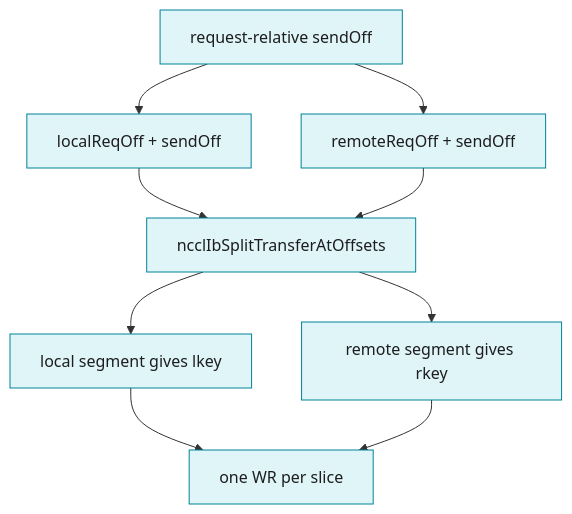
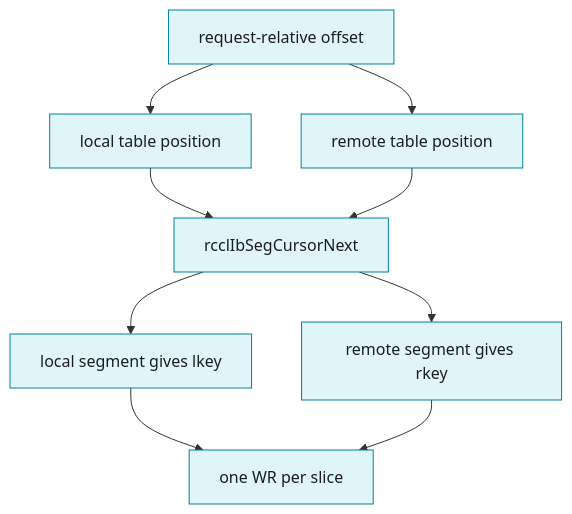
One commit to ROCm/rocm-systems changed the third of 4 diagrams in projects/rccl/docs/design/multi_segment_netib_wire.md. Above: the diagram before and after it, drawn with Mermaid. The commit also changed other lines of this file and 16 other files, not shown here.

````diff
--- a/projects/rccl/docs/design/multi_segment_netib_wire.md
+++ b/projects/rccl/docs/design/multi_segment_netib_wire.md
@@ -176,14 +129,14 @@
 ```mermaid
-%% caption: Independent local and remote offsets select the lkey and rkey of each slice
+%% caption: Independent local and remote tables select the lkey and rkey of each slice
 flowchart TD
- q["request-relative sendOff"] --> l["localReqOff + sendOff"]
- q --> r["remoteReqOff + sendOff"]
- l --> s["ncclIbSplitTransferAtOffsets"]
+ q["request-relative offset"] --> l["local table position"]
+ q --> r["remote table position"]
+ l --> s["rcclIbSegCursorNext"]
  r --> s
  s --> ls["local segment gives lkey"]
  s --> rs["remote segment gives rkey"]
  ls --> w["one WR per slice"]
  rs --> w
  classDef netib fill:#e0f5f8,stroke:#008299,color:#1d1d1f
  class q,l,r,s,ls,rs,w netib
 ```
````
